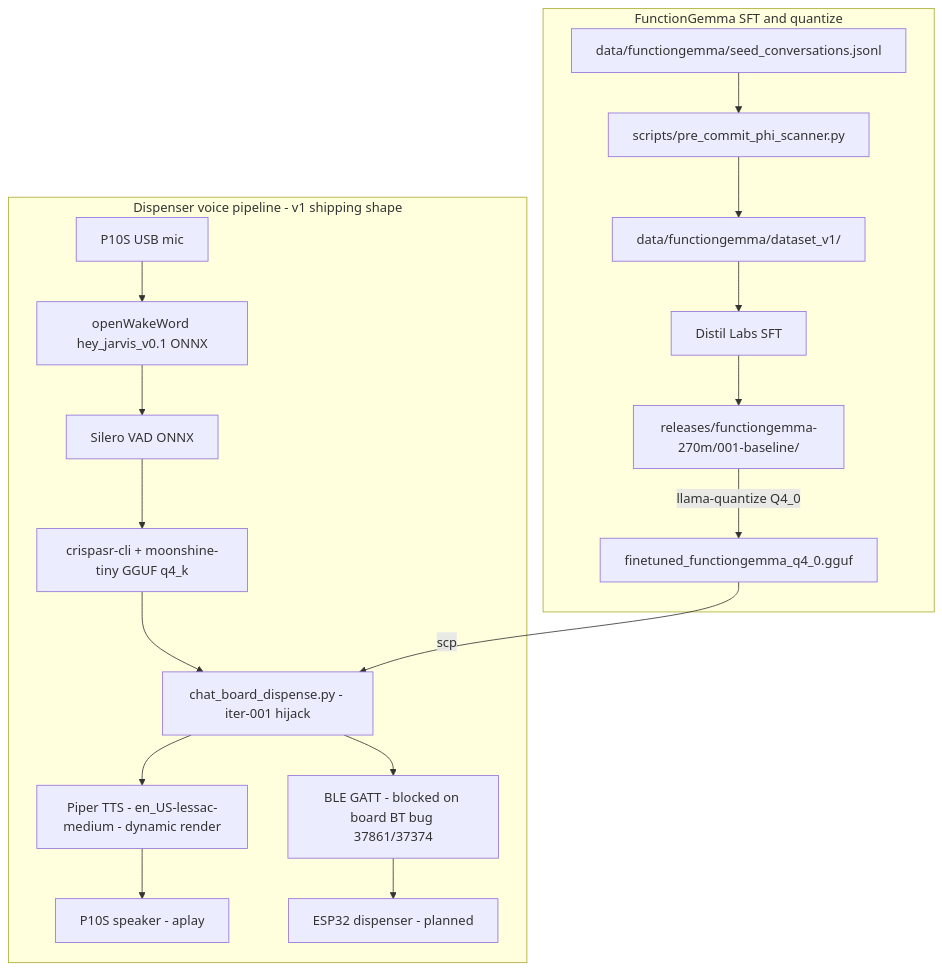
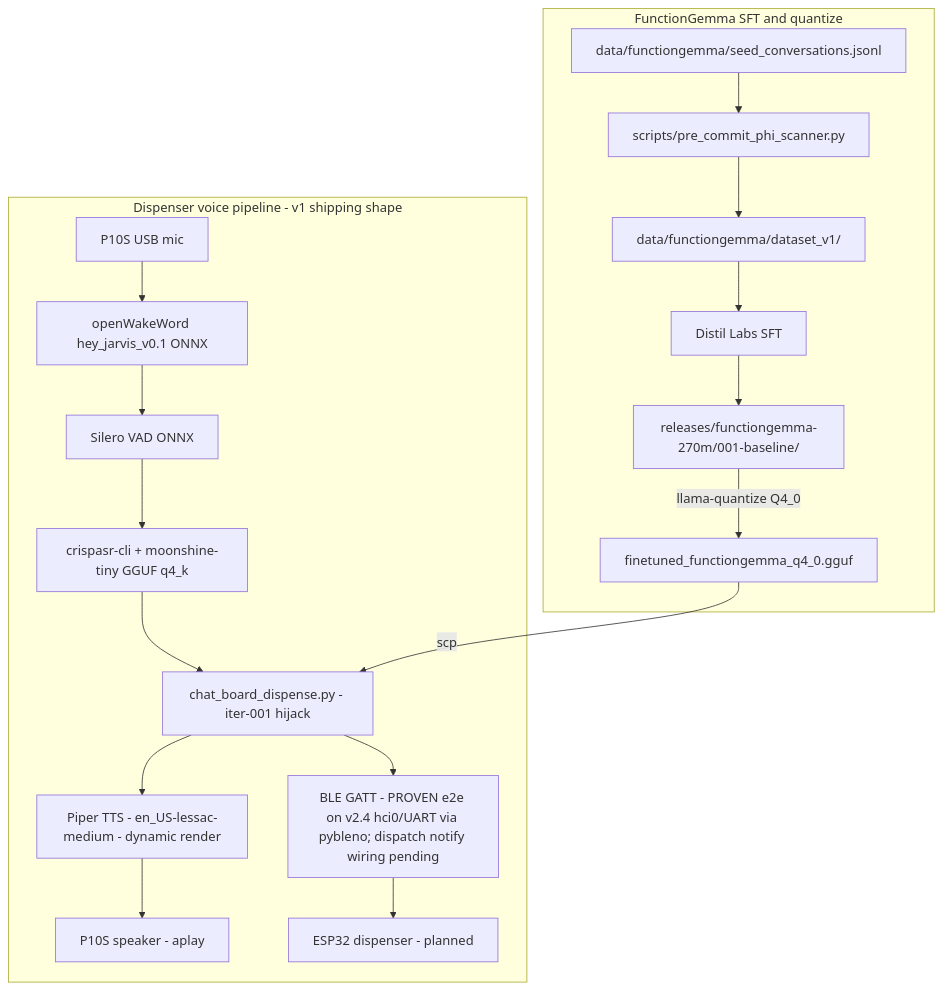
Before and after one commit to lanhp-vn/SL2619-EdgeAI-FunctionGemma-270M-int4-health-tools: the first of 2 diagrams in CLAUDE.md, drawn with Mermaid. The commit also changed other lines of this file and 6 other files, not shown here.

````diff
--- a/CLAUDE.md
+++ b/CLAUDE.md
@@ -24,28 +24,28 @@
 ```mermaid
 flowchart TB
     subgraph FG[FunctionGemma SFT and quantize]
         SEEDS[data/functiongemma/seed_conversations.jsonl]
         PHI[scripts/pre_commit_phi_scanner.py]
         SPLITS[data/functiongemma/dataset_v1/]
         DISTIL[Distil Labs SFT]
         REL[releases/functiongemma-270m/001-baseline/]
         GGUF[finetuned_functiongemma_q4_0.gguf]
         SEEDS --> PHI --> SPLITS --> DISTIL --> REL
         REL -- llama-quantize Q4_0 --> GGUF
     end
     subgraph DD[Dispenser voice pipeline - v1 shipping shape]
         MIC[P10S USB mic]
         WAKE[openWakeWord hey_jarvis_v0.1 ONNX]
         VAD[Silero VAD ONNX]
         STT[crispasr-cli + moonshine-tiny GGUF q4_k]
         BRAIN[chat_board_dispense.py - iter-001 hijack]
         TTS[Piper TTS - en_US-lessac-medium - dynamic render]
         SPK[P10S speaker - aplay]
-        BLE[BLE GATT - blocked on board BT bug 37861/37374]
+        BLE[BLE GATT - PROVEN e2e on v2.4 hci0/UART via pybleno; dispatch notify wiring pending]
         ESP[ESP32 dispenser - planned]
         MIC --> WAKE --> VAD --> STT --> BRAIN
         BRAIN --> TTS --> SPK
         BRAIN --> BLE --> ESP
     end
     GGUF -- scp --> BRAIN
 ```
````
